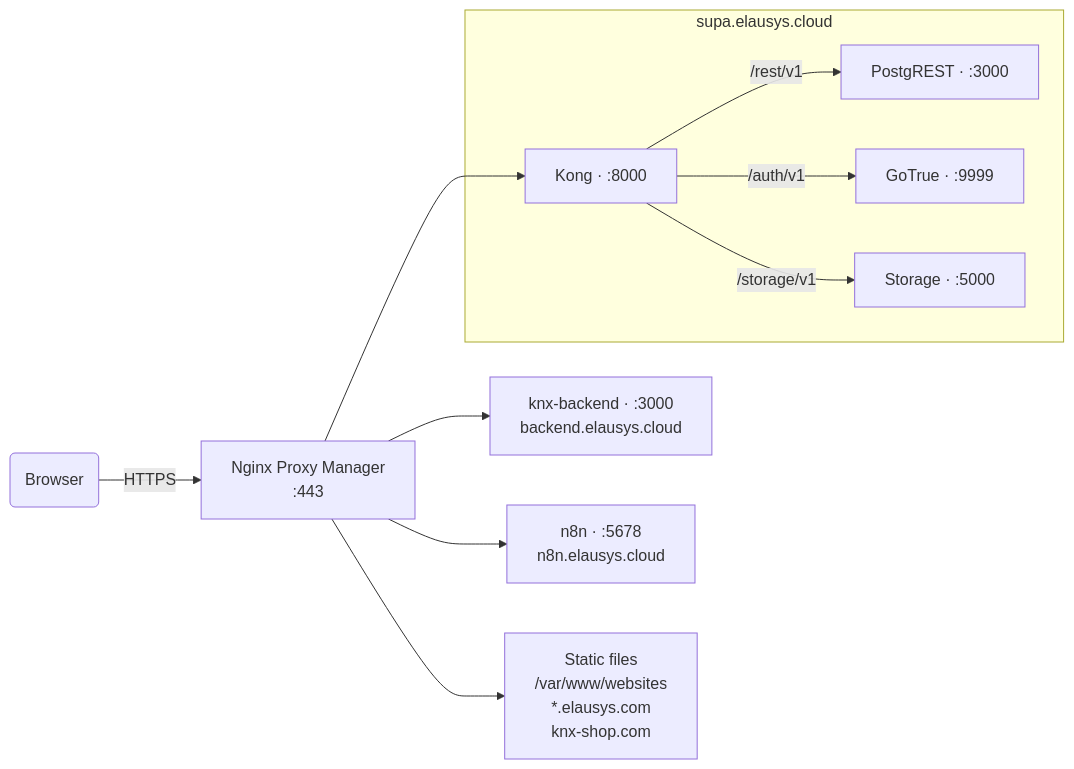
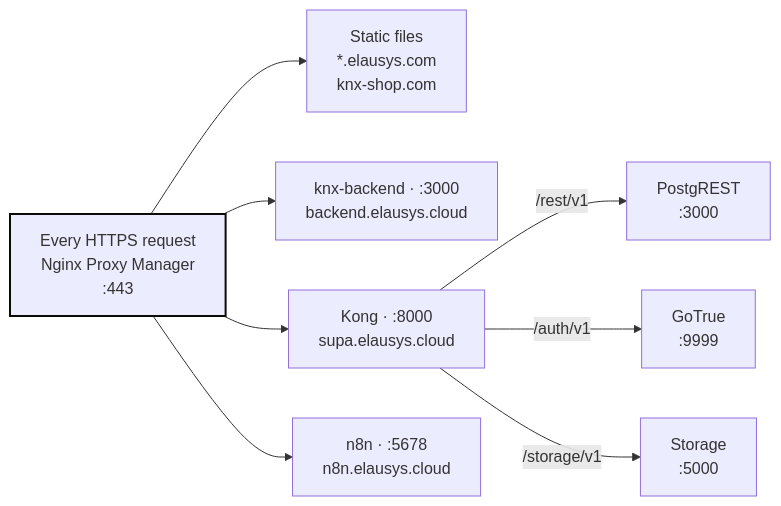
Before and after one commit to Gillian-Delvigne/gilliandelvigne.be: the diagram in diagrams/elausys-request-flow.mmd, drawn with Mermaid. The commit also changed 6 other files, not shown here.

Commit message:
[ADD] content: add the Elausys diagrams

```diff
--- a/diagrams/elausys-request-flow.mmd
+++ b/diagrams/elausys-request-flow.mmd
@@ -1,26 +1,25 @@
 flowchart LR
     accTitle: Request routing
-    accDescr: Nginx Proxy Manager receives every HTTPS request and routes it by hostname: Supabase through Kong, the Express API, n8n, or the static files of the four sites.
+    accDescr: Nginx Proxy Manager receives every HTTPS request and routes it by hostname: Supabase through Kong, the Express API, n8n, or the static files of the four sites. Kong then routes Supabase requests by path to PostgREST, GoTrue or Storage.
 
-    B("Browser")
-    NPM["Nginx Proxy Manager<br/>:443"]
+    NPM["Every HTTPS request<br/>Nginx Proxy Manager<br/>:443"]
 
-    subgraph SUPA["supa.elausys.cloud"]
-        KONG["Kong · :8000"]
-        REST["PostgREST · :3000"]
-        AUTH["GoTrue · :9999"]
-        STORAGE["Storage · :5000"]
-    end
+    STATIC["Static files<br/>*.elausys.com<br/>knx-shop.com"]
+    BE["knx-backend · :3000<br/>backend.elausys.cloud"]
+    KONG["Kong · :8000<br/>supa.elausys.cloud"]
+    N8N["n8n · :5678<br/>n8n.elausys.cloud"]
 
-    BE["knx-backend · :3000<br/>backend.elausys.cloud"]
-    N8N["n8n · :5678<br/>n8n.elausys.cloud"]
-    STATIC["Static files<br/>/var/www/websites<br/>*.elausys.com<br/>knx-shop.com"]
+    REST["PostgREST<br/>:3000"]
+    AUTH["GoTrue<br/>:9999"]
+    STORAGE["Storage<br/>:5000"]
 
-    B -->|HTTPS| NPM
+    NPM --> STATIC
+    NPM --> BE
     NPM --> KONG
-    NPM --> BE
     NPM --> N8N
-    NPM --> STATIC
     KONG -->|"/rest/v1"| REST
     KONG -->|"/auth/v1"| AUTH
     KONG -->|"/storage/v1"| STORAGE
+
+    classDef accent stroke:#0a0a08,stroke-width:2px
+    class NPM accent
```
